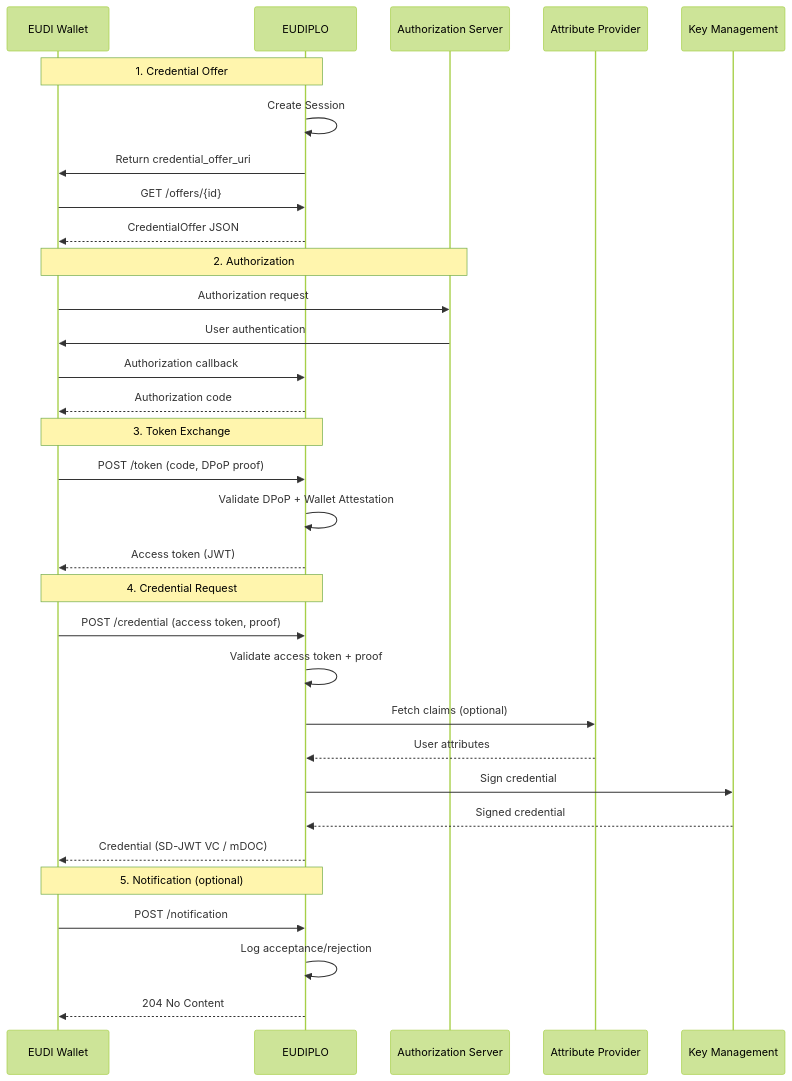
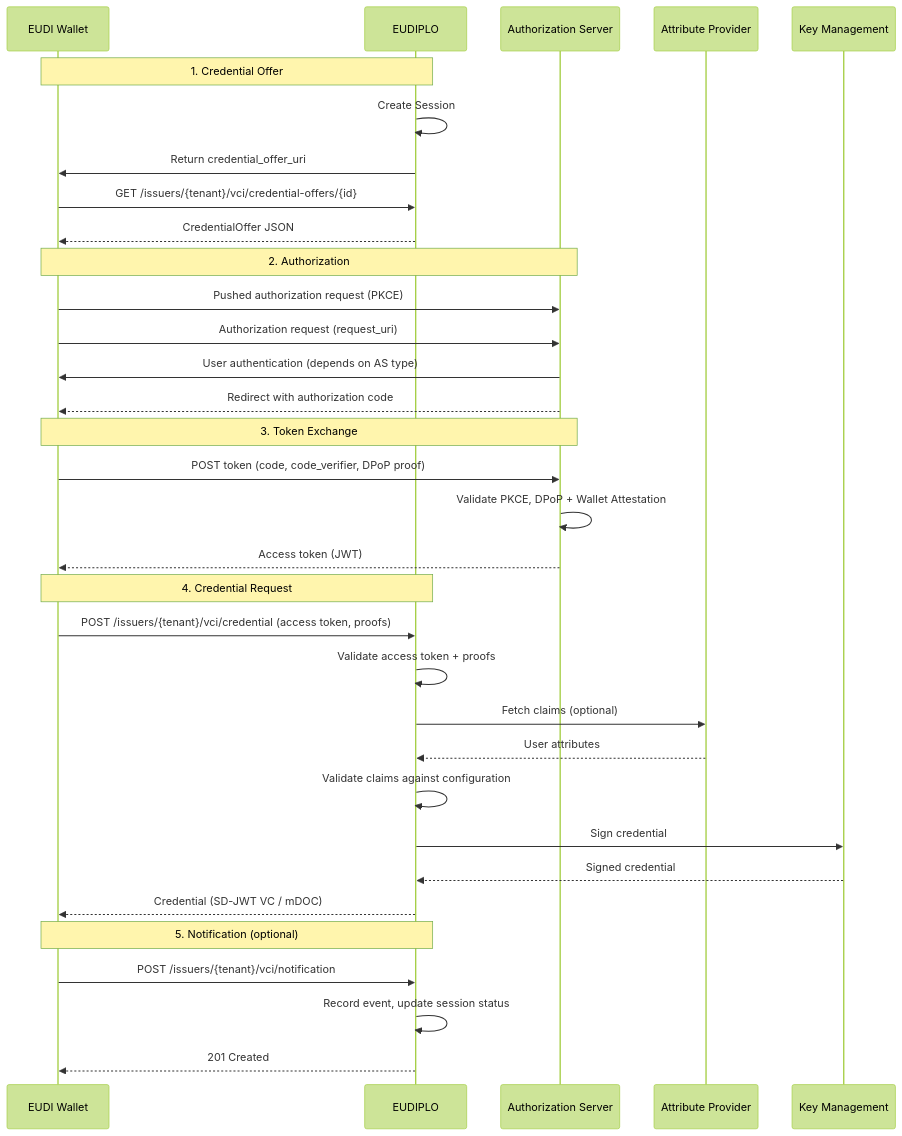
One commit to Cypher-CP0/eudiplo changed the first of 2 diagrams in apps/docs/docs/architecture/issuance.md. Above: the diagram before and after it, drawn with Mermaid (forest theme). The commit also changed other lines of this file and 1 other file, not shown here.

First line of the commit message:
docs(architecture): correct issuance and authorization pages (#1096)

````diff
--- a/apps/docs/docs/architecture/issuance.md
+++ b/apps/docs/docs/architecture/issuance.md
@@ -25,39 +25,40 @@
 ```mermaid
 sequenceDiagram
     participant W as EUDI Wallet
     participant E as EUDIPLO
     participant AS as Authorization Server
     participant AP as Attribute Provider
     participant KMS as Key Management
 
     Note over W,E: 1. Credential Offer
     E->>E: Create Session
     E->>W: Return credential_offer_uri
-    W->>E: GET /offers/{id}
+    W->>E: GET /issuers/{tenant}/vci/credential-offers/{id}
     E-->>W: CredentialOffer JSON
 
     Note over W,AS: 2. Authorization
-    W->>AS: Authorization request
-    AS->>W: User authentication
-    W->>E: Authorization callback
-    E-->>W: Authorization code
+    W->>AS: Pushed authorization request (PKCE)
+    W->>AS: Authorization request (request_uri)
+    AS->>W: User authentication (depends on AS type)
+    AS-->>W: Redirect with authorization code
 
-    Note over W,E: 3. Token Exchange
-    W->>E: POST /token (code, DPoP proof)
-    E->>E: Validate DPoP + Wallet Attestation
-    E-->>W: Access token (JWT)
+    Note over W,AS: 3. Token Exchange
+    W->>AS: POST token (code, code_verifier, DPoP proof)
+    AS->>AS: Validate PKCE, DPoP + Wallet Attestation
+    AS-->>W: Access token (JWT)
 
     Note over W,E: 4. Credential Request
-    W->>E: POST /credential (access token, proof)
-    E->>E: Validate access token + proof
+    W->>E: POST /issuers/{tenant}/vci/credential (access token, proofs)
+    E->>E: Validate access token + proofs
     E->>AP: Fetch claims (optional)
     AP-->>E: User attributes
+    E->>E: Validate claims against configuration
     E->>KMS: Sign credential
     KMS-->>E: Signed credential
     E-->>W: Credential (SD-JWT VC / mDOC)
 
     Note over W,E: 5. Notification (optional)
-    W->>E: POST /notification
-    E->>E: Log acceptance/rejection
-    E-->>W: 204 No Content
+    W->>E: POST /issuers/{tenant}/vci/notification
+    E->>E: Record event, update session status
+    E-->>W: 201 Created
 ```
````
